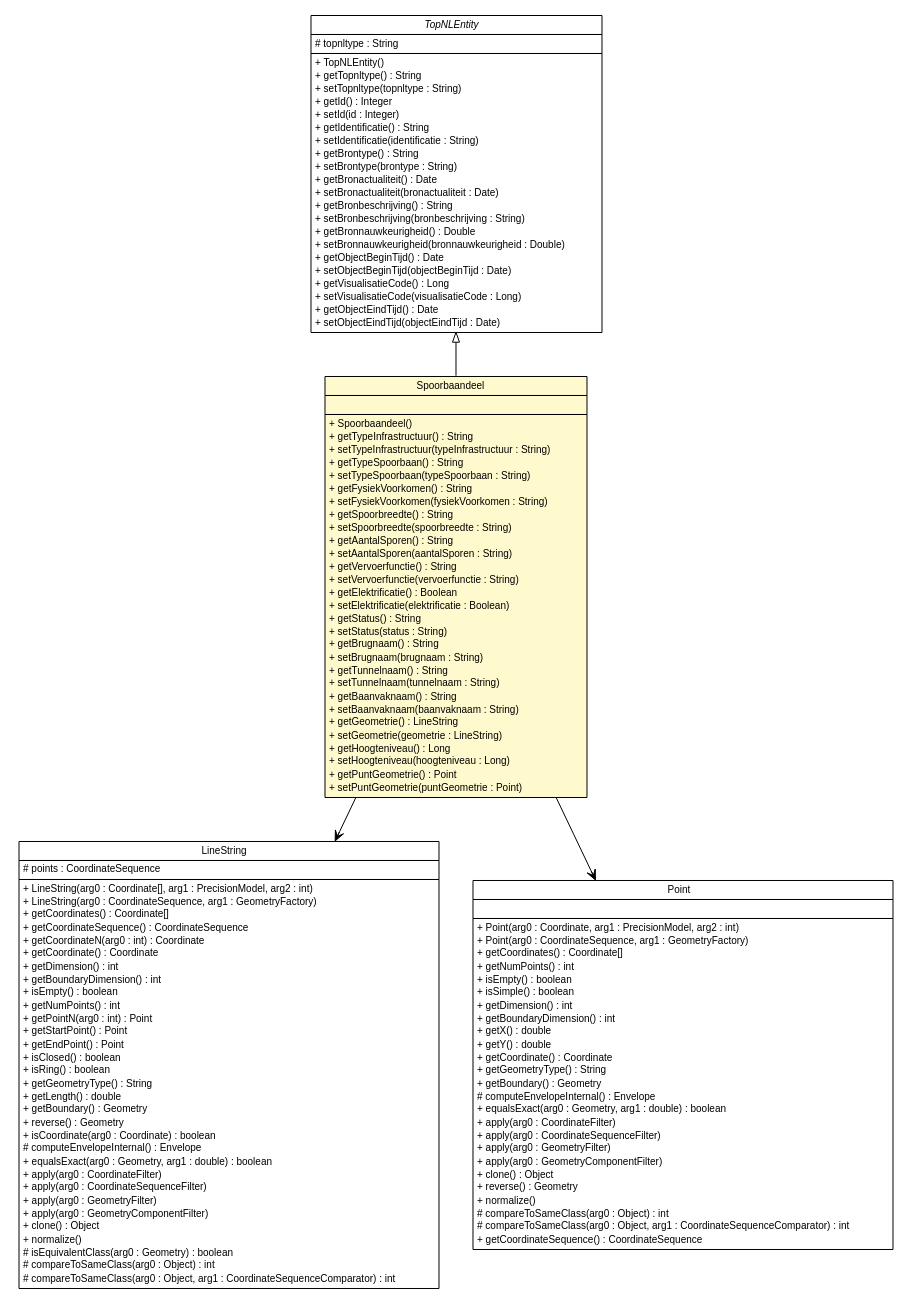
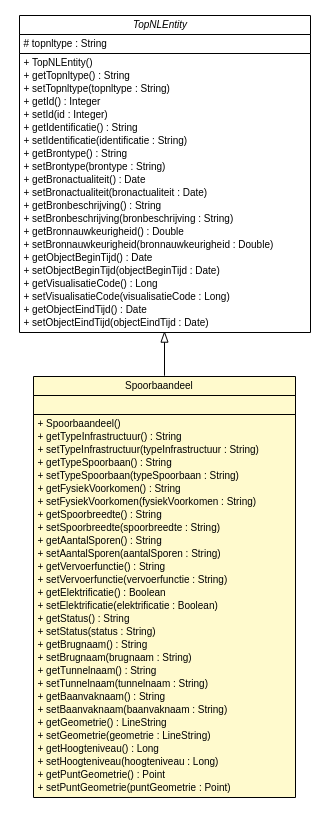
One commit to B3Partners/brmo changed the diagram in topnlparser/apidocs/nl/b3p/topnl/entities/Spoorbaandeel.dot. Above: the diagram before and after it, drawn with Graphviz. The commit also changed 5686 other files, not shown here.

```diff
--- a/topnlparser/apidocs/nl/b3p/topnl/entities/Spoorbaandeel.dot
+++ b/topnlparser/apidocs/nl/b3p/topnl/entities/Spoorbaandeel.dot
@@ -1,168 +1,86 @@
 #!/usr/local/bin/dot
 #
 # Class diagram 
 # Generated by UMLGraph version R5_6-24-gf6e263 (http://www.umlgraph.org/)
 #
 
 digraph G {
 	edge [fontname="Helvetica",fontsize=10,labelfontname="Helvetica",labelfontsize=10];
 	node [fontname="Helvetica",fontsize=10,shape=plaintext];
 	nodesep=0.25;
 	ranksep=0.5;
 	// nl.b3p.topnl.entities.TopNLEntity
-	c31865 [label=<<table title="nl.b3p.topnl.entities.TopNLEntity" border="0" cellborder="1" cellspacing="0" cellpadding="2" port="p" href="./TopNLEntity.html">
+	c31846 [label=<<table title="nl.b3p.topnl.entities.TopNLEntity" border="0" cellborder="1" cellspacing="0" cellpadding="2" port="p" href="./TopNLEntity.html">
 		<tr><td><table border="0" cellspacing="0" cellpadding="1">
 <tr><td align="center" balign="center"><font face="Helvetica-Oblique"> TopNLEntity </font></td></tr>
 		</table></td></tr>
 		<tr><td><table border="0" cellspacing="0" cellpadding="1">
 <tr><td align="left" balign="left"> # topnltype : String </td></tr>
 		</table></td></tr>
 		<tr><td><table border="0" cellspacing="0" cellpadding="1">
 <tr><td align="left" balign="left"> + TopNLEntity() </td></tr>
 <tr><td align="left" balign="left"> + getTopnltype() : String </td></tr>
 <tr><td align="left" balign="left"> + setTopnltype(topnltype : String) </td></tr>
 <tr><td align="left" balign="left"> + getId() : Integer </td></tr>
 <tr><td align="left" balign="left"> + setId(id : Integer) </td></tr>
 <tr><td align="left" balign="left"> + getIdentificatie() : String </td></tr>
 <tr><td align="left" balign="left"> + setIdentificatie(identificatie : String) </td></tr>
 <tr><td align="left" balign="left"> + getBrontype() : String </td></tr>
 <tr><td align="left" balign="left"> + setBrontype(brontype : String) </td></tr>
 <tr><td align="left" balign="left"> + getBronactualiteit() : Date </td></tr>
 <tr><td align="left" balign="left"> + setBronactualiteit(bronactualiteit : Date) </td></tr>
 <tr><td align="left" balign="left"> + getBronbeschrijving() : String </td></tr>
 <tr><td align="left" balign="left"> + setBronbeschrijving(bronbeschrijving : String) </td></tr>
 <tr><td align="left" balign="left"> + getBronnauwkeurigheid() : Double </td></tr>
 <tr><td align="left" balign="left"> + setBronnauwkeurigheid(bronnauwkeurigheid : Double) </td></tr>
 <tr><td align="left" balign="left"> + getObjectBeginTijd() : Date </td></tr>
 <tr><td align="left" balign="left"> + setObjectBeginTijd(objectBeginTijd : Date) </td></tr>
 <tr><td align="left" balign="left"> + getVisualisatieCode() : Long </td></tr>
 <tr><td align="left" balign="left"> + setVisualisatieCode(visualisatieCode : Long) </td></tr>
 <tr><td align="left" balign="left"> + getObjectEindTijd() : Date </td></tr>
 <tr><td align="left" balign="left"> + setObjectEindTijd(objectEindTijd : Date) </td></tr>
 		</table></td></tr>
 		</table>>, URL="./TopNLEntity.html", fontname="Helvetica", fontcolor="black", fontsize=10.0];
 	// nl.b3p.topnl.entities.Spoorbaandeel
-	c31866 [label=<<table title="nl.b3p.topnl.entities.Spoorbaandeel" border="0" cellborder="1" cellspacing="0" cellpadding="2" port="p" bgcolor="lemonChiffon" href="./Spoorbaandeel.html">
+	c31847 [label=<<table title="nl.b3p.topnl.entities.Spoorbaandeel" border="0" cellborder="1" cellspacing="0" cellpadding="2" port="p" bgcolor="lemonChiffon" href="./Spoorbaandeel.html">
 		<tr><td><table border="0" cellspacing="0" cellpadding="1">
 <tr><td align="center" balign="center"> Spoorbaandeel </td></tr>
 		</table></td></tr>
 		<tr><td><table border="0" cellspacing="0" cellpadding="1">
 <tr><td align="left" balign="left">  </td></tr>
 		</table></td></tr>
 		<tr><td><table border="0" cellspacing="0" cellpadding="1">
 <tr><td align="left" balign="left"> + Spoorbaandeel() </td></tr>
 <tr><td align="left" balign="left"> + getTypeInfrastructuur() : String </td></tr>
 <tr><td align="left" balign="left"> + setTypeInfrastructuur(typeInfrastructuur : String) </td></tr>
 <tr><td align="left" balign="left"> + getTypeSpoorbaan() : String </td></tr>
 <tr><td align="left" balign="left"> + setTypeSpoorbaan(typeSpoorbaan : String) </td></tr>
 <tr><td align="left" balign="left"> + getFysiekVoorkomen() : String </td></tr>
 <tr><td align="left" balign="left"> + setFysiekVoorkomen(fysiekVoorkomen : String) </td></tr>
 <tr><td align="left" balign="left"> + getSpoorbreedte() : String </td></tr>
 <tr><td align="left" balign="left"> + setSpoorbreedte(spoorbreedte : String) </td></tr>
 <tr><td align="left" balign="left"> + getAantalSporen() : String </td></tr>
 <tr><td align="left" balign="left"> + setAantalSporen(aantalSporen : String) </td></tr>
 <tr><td align="left" balign="left"> + getVervoerfunctie() : String </td></tr>
 <tr><td align="left" balign="left"> + setVervoerfunctie(vervoerfunctie : String) </td></tr>
 <tr><td align="left" balign="left"> + getElektrificatie() : Boolean </td></tr>
 <tr><td align="left" balign="left"> + setElektrificatie(elektrificatie : Boolean) </td></tr>
 <tr><td align="left" balign="left"> + getStatus() : String </td></tr>
 <tr><td align="left" balign="left"> + setStatus(status : String) </td></tr>
 <tr><td align="left" balign="left"> + getBrugnaam() : String </td></tr>
 <tr><td align="left" balign="left"> + setBrugnaam(brugnaam : String) </td></tr>
 <tr><td align="left" balign="left"> + getTunnelnaam() : String </td></tr>
 <tr><td align="left" balign="left"> + setTunnelnaam(tunnelnaam : String) </td></tr>
 <tr><td align="left" balign="left"> + getBaanvaknaam() : String </td></tr>
 <tr><td align="left" balign="left"> + setBaanvaknaam(baanvaknaam : String) </td></tr>
 <tr><td align="left" balign="left"> + getGeometrie() : LineString </td></tr>
 <tr><td align="left" balign="left"> + setGeometrie(geometrie : LineString) </td></tr>
 <tr><td align="left" balign="left"> + getHoogteniveau() : Long </td></tr>
 <tr><td align="left" balign="left"> + setHoogteniveau(hoogteniveau : Long) </td></tr>
 <tr><td align="left" balign="left"> + getPuntGeometrie() : Point </td></tr>
 <tr><td align="left" balign="left"> + setPuntGeometrie(puntGeometrie : Point) </td></tr>
 		</table></td></tr>
 		</table>>, URL="./Spoorbaandeel.html", fontname="Helvetica", fontcolor="black", fontsize=10.0];
 	//nl.b3p.topnl.entities.Spoorbaandeel extends nl.b3p.topnl.entities.TopNLEntity
-	c31865:p -> c31866:p [dir=back,arrowtail=empty];
-	// nl.b3p.topnl.entities.Spoorbaandeel NAVASSOC com.vividsolutions.jts.geom.LineString
-	c31866:p -> c31873:p [taillabel="", label="", headlabel="", fontname="Helvetica", fontcolor="black", fontsize=10.0, color="black", arrowhead=open];
-	// nl.b3p.topnl.entities.Spoorbaandeel NAVASSOC com.vividsolutions.jts.geom.Point
-	c31866:p -> c31875:p [taillabel="", label="", headlabel="", fontname="Helvetica", fontcolor="black", fontsize=10.0, color="black", arrowhead=open];
-	// com.vividsolutions.jts.geom.Point
-	c31875 [label=<<table title="com.vividsolutions.jts.geom.Point" border="0" cellborder="1" cellspacing="0" cellpadding="2" port="p" href="http://java.sun.com/j2se/1.4.2/docs/api/com/vividsolutions/jts/geom/Point.html">
-		<tr><td><table border="0" cellspacing="0" cellpadding="1">
-<tr><td align="center" balign="center"> Point </td></tr>
-		</table></td></tr>
-		<tr><td><table border="0" cellspacing="0" cellpadding="1">
-<tr><td align="left" balign="left">  </td></tr>
-		</table></td></tr>
-		<tr><td><table border="0" cellspacing="0" cellpadding="1">
-<tr><td align="left" balign="left"> + Point(arg0 : Coordinate, arg1 : PrecisionModel, arg2 : int) </td></tr>
-<tr><td align="left" balign="left"> + Point(arg0 : CoordinateSequence, arg1 : GeometryFactory) </td></tr>
-<tr><td align="left" balign="left"> + getCoordinates() : Coordinate[] </td></tr>
-<tr><td align="left" balign="left"> + getNumPoints() : int </td></tr>
-<tr><td align="left" balign="left"> + isEmpty() : boolean </td></tr>
-<tr><td align="left" balign="left"> + isSimple() : boolean </td></tr>
-<tr><td align="left" balign="left"> + getDimension() : int </td></tr>
-<tr><td align="left" balign="left"> + getBoundaryDimension() : int </td></tr>
-<tr><td align="left" balign="left"> + getX() : double </td></tr>
-<tr><td align="left" balign="left"> + getY() : double </td></tr>
-<tr><td align="left" balign="left"> + getCoordinate() : Coordinate </td></tr>
-<tr><td align="left" balign="left"> + getGeometryType() : String </td></tr>
-<tr><td align="left" balign="left"> + getBoundary() : Geometry </td></tr>
-<tr><td align="left" balign="left"> # computeEnvelopeInternal() : Envelope </td></tr>
-<tr><td align="left" balign="left"> + equalsExact(arg0 : Geometry, arg1 : double) : boolean </td></tr>
-<tr><td align="left" balign="left"> + apply(arg0 : CoordinateFilter) </td></tr>
-<tr><td align="left" balign="left"> + apply(arg0 : CoordinateSequenceFilter) </td></tr>
-<tr><td align="left" balign="left"> + apply(arg0 : GeometryFilter) </td></tr>
-<tr><td align="left" balign="left"> + apply(arg0 : GeometryComponentFilter) </td></tr>
-<tr><td align="left" balign="left"> + clone() : Object </td></tr>
-<tr><td align="left" balign="left"> + reverse() : Geometry </td></tr>
-<tr><td align="left" balign="left"> + normalize() </td></tr>
-<tr><td align="left" balign="left"> # compareToSameClass(arg0 : Object) : int </td></tr>
-<tr><td align="left" balign="left"> # compareToSameClass(arg0 : Object, arg1 : CoordinateSequenceComparator) : int </td></tr>
-<tr><td align="left" balign="left"> + getCoordinateSequence() : CoordinateSequence </td></tr>
-		</table></td></tr>
-		</table>>, URL="http://java.sun.com/j2se/1.4.2/docs/api/com/vividsolutions/jts/geom/Point.html", fontname="Helvetica", fontcolor="black", fontsize=10.0];
-	// com.vividsolutions.jts.geom.LineString
-	c31873 [label=<<table title="com.vividsolutions.jts.geom.LineString" border="0" cellborder="1" cellspacing="0" cellpadding="2" port="p" href="http://java.sun.com/j2se/1.4.2/docs/api/com/vividsolutions/jts/geom/LineString.html">
-		<tr><td><table border="0" cellspacing="0" cellpadding="1">
-<tr><td align="center" balign="center"> LineString </td></tr>
-		</table></td></tr>
-		<tr><td><table border="0" cellspacing="0" cellpadding="1">
-<tr><td align="left" balign="left"> # points : CoordinateSequence </td></tr>
-		</table></td></tr>
-		<tr><td><table border="0" cellspacing="0" cellpadding="1">
-<tr><td align="left" balign="left"> + LineString(arg0 : Coordinate[], arg1 : PrecisionModel, arg2 : int) </td></tr>
-<tr><td align="left" balign="left"> + LineString(arg0 : CoordinateSequence, arg1 : GeometryFactory) </td></tr>
-<tr><td align="left" balign="left"> + getCoordinates() : Coordinate[] </td></tr>
-<tr><td align="left" balign="left"> + getCoordinateSequence() : CoordinateSequence </td></tr>
-<tr><td align="left" balign="left"> + getCoordinateN(arg0 : int) : Coordinate </td></tr>
-<tr><td align="left" balign="left"> + getCoordinate() : Coordinate </td></tr>
-<tr><td align="left" balign="left"> + getDimension() : int </td></tr>
-<tr><td align="left" balign="left"> + getBoundaryDimension() : int </td></tr>
-<tr><td align="left" balign="left"> + isEmpty() : boolean </td></tr>
-<tr><td align="left" balign="left"> + getNumPoints() : int </td></tr>
-<tr><td align="left" balign="left"> + getPointN(arg0 : int) : Point </td></tr>
-<tr><td align="left" balign="left"> + getStartPoint() : Point </td></tr>
-<tr><td align="left" balign="left"> + getEndPoint() : Point </td></tr>
-<tr><td align="left" balign="left"> + isClosed() : boolean </td></tr>
-<tr><td align="left" balign="left"> + isRing() : boolean </td></tr>
-<tr><td align="left" balign="left"> + getGeometryType() : String </td></tr>
-<tr><td align="left" balign="left"> + getLength() : double </td></tr>
-<tr><td align="left" balign="left"> + getBoundary() : Geometry </td></tr>
-<tr><td align="left" balign="left"> + reverse() : Geometry </td></tr>
-<tr><td align="left" balign="left"> + isCoordinate(arg0 : Coordinate) : boolean </td></tr>
-<tr><td align="left" balign="left"> # computeEnvelopeInternal() : Envelope </td></tr>
-<tr><td align="left" balign="left"> + equalsExact(arg0 : Geometry, arg1 : double) : boolean </td></tr>
-<tr><td align="left" balign="left"> + apply(arg0 : CoordinateFilter) </td></tr>
-<tr><td align="left" balign="left"> + apply(arg0 : CoordinateSequenceFilter) </td></tr>
-<tr><td align="left" balign="left"> + apply(arg0 : GeometryFilter) </td></tr>
-<tr><td align="left" balign="left"> + apply(arg0 : GeometryComponentFilter) </td></tr>
-<tr><td align="left" balign="left"> + clone() : Object </td></tr>
-<tr><td align="left" balign="left"> + normalize() </td></tr>
-<tr><td align="left" balign="left"> # isEquivalentClass(arg0 : Geometry) : boolean </td></tr>
-<tr><td align="left" balign="left"> # compareToSameClass(arg0 : Object) : int </td></tr>
-<tr><td align="left" balign="left"> # compareToSameClass(arg0 : Object, arg1 : CoordinateSequenceComparator) : int </td></tr>
-		</table></td></tr>
-		</table>>, URL="http://java.sun.com/j2se/1.4.2/docs/api/com/vividsolutions/jts/geom/LineString.html", fontname="Helvetica", fontcolor="black", fontsize=10.0];
+	c31846:p -> c31847:p [dir=back,arrowtail=empty];
 }
```
